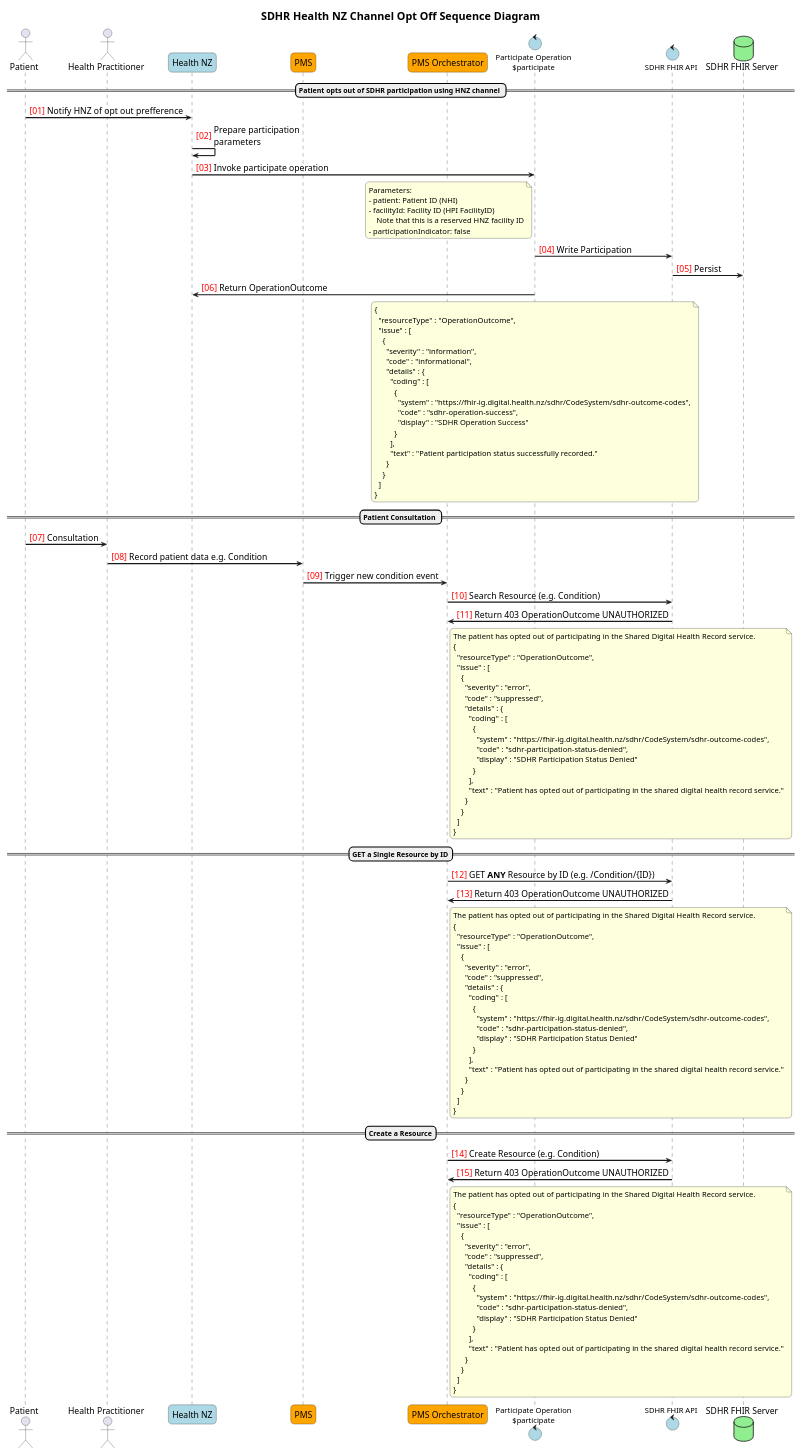
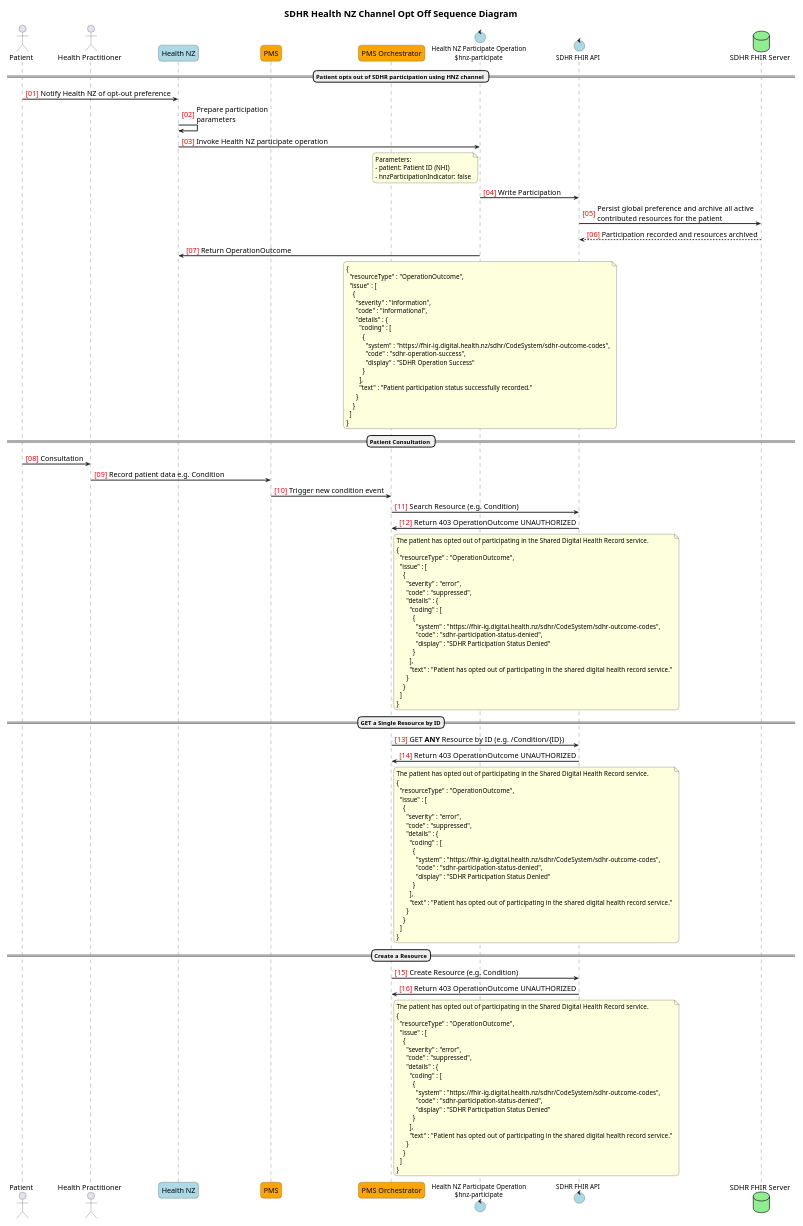
Before and after one commit to tewhatuora/fhir-sdhr: the diagram in input/images-source/participate-sequence-hnzoptoff.plantuml, drawn with PlantUML. The commit also changed 18 other files, not shown here.

Commit message:
Update opt-out archive documentation and examples

```diff
--- a/input/images-source/participate-sequence-hnzoptoff.plantuml
+++ b/input/images-source/participate-sequence-hnzoptoff.plantuml
@@ -1,158 +1,157 @@
 @startuml
 
 title SDHR Health NZ Channel Opt Off Sequence Diagram
 
 autonumber "<color:Red>[00]"
 
 skinparam ActorFontSize 16
 skinparam ArrowFontSize 12
 skinparam ArrowFontSize 16
 skinparam BoxPadding 5
 skinparam DatabaseFontSize 16
 skinparam dpi 400
 skinparam EntityFontSize 16
 skinparam MaxMessageSize 375
 skinparam NoteFontSize 14
 skinparam ParticipantFontSize 16
 skinparam ParticipantPadding 5
 skinparam responseMessageBelowArrow true
 skinparam roundcorner 15
 skinparam sequenceArrowThickness 2
 skinparam SequenceBoxFontSize 16
 skinparam sequencegroupfontsize 14
 skinparam SequenceMessageAlignment left
 skinparam sequenceStyle uml2
 skinparam TitleFontSize 20
 ' semi-transparent sequence groups!
 ' see https://sarafian.github.io/tips/2021/03/11/plantuml-tips-tricks-1.html#:~:text=responseMessageBelowArrow-,Semi,-transparent%20group%20backgrounds
 skinparam SequenceGroupBodyBackgroundColor #EEEEFF50
 
 scale max 260 width
 
 actor "Patient" as Patient
 actor "Health Practitioner" as USER
 participant "Health NZ" as HNZ #LightBlue
 participant "PMS" as APIC #Orange
 participant "PMS Orchestrator" as ORCHESTRATOR #Orange
-control "Participate Operation\n$participate" as PARTICIPATE #LightBlue
+control "Health NZ Participate Operation\n$hnz-participate" as PARTICIPATE #LightBlue
 control "SDHR FHIR API" as FHIRAPI #LightBlue
 database "SDHR FHIR Server" as SDHR #LightGreen
 
 == Patient opts out of SDHR participation using HNZ channel ==
-Patient -> HNZ : Notify HNZ of opt out prefference
+Patient -> HNZ : Notify Health NZ of opt-out preference
 HNZ -> HNZ : Prepare participation\nparameters
-HNZ -> PARTICIPATE : Invoke participate operation
+HNZ -> PARTICIPATE : Invoke Health NZ participate operation
 note left of PARTICIPATE
   Parameters:
   - patient: Patient ID (NHI)
-  - facilityId: Facility ID (HPI FacilityID)
-      Note that this is a reserved HNZ facility ID
-  - participationIndicator: false
+  - hnzParticipationIndicator: false
 end note
 PARTICIPATE -> FHIRAPI : Write Participation
-FHIRAPI -> SDHR : Persist
+FHIRAPI -> SDHR : Persist global preference and archive all active\ncontributed resources for the patient
+SDHR --> FHIRAPI : Participation recorded and resources archived
 PARTICIPATE -> HNZ : Return OperationOutcome
 note over PARTICIPATE
 {
   "resourceType" : "OperationOutcome",
   "issue" : [
     {
       "severity" : "information",
       "code" : "informational",
       "details" : {
         "coding" : [
           {
             "system" : "https://fhir-ig.digital.health.nz/sdhr/CodeSystem/sdhr-outcome-codes",
             "code" : "sdhr-operation-success",
             "display" : "SDHR Operation Success"
           }
         ],
         "text" : "Patient participation status successfully recorded."
       }
     }
   ]
 }
 end note
 
 == Patient Consultation ==
 Patient -> USER : Consultation
 USER -> APIC : Record patient data e.g. Condition
 APIC -> ORCHESTRATOR : Trigger new condition event
 ORCHESTRATOR -> FHIRAPI : Search Resource (e.g. Condition)
 FHIRAPI -> ORCHESTRATOR : Return 403 OperationOutcome UNAUTHORIZED
 note right of ORCHESTRATOR
 The patient has opted out of participating in the Shared Digital Health Record service.
 {
   "resourceType" : "OperationOutcome",
   "issue" : [
     {
       "severity" : "error",
       "code" : "suppressed",
       "details" : {
         "coding" : [
           {
             "system" : "https://fhir-ig.digital.health.nz/sdhr/CodeSystem/sdhr-outcome-codes",
             "code" : "sdhr-participation-status-denied",
             "display" : "SDHR Participation Status Denied"
           }
         ],
         "text" : "Patient has opted out of participating in the shared digital health record service."
       }
     }
   ]
 }
 end note
 
 ==GET a Single Resource by ID==
 ORCHESTRATOR -> FHIRAPI : GET **ANY** Resource by ID (e.g. /Condition/{ID})
 FHIRAPI -> ORCHESTRATOR : Return 403 OperationOutcome UNAUTHORIZED
 note right of ORCHESTRATOR
 The patient has opted out of participating in the Shared Digital Health Record service.
 {
   "resourceType" : "OperationOutcome",
   "issue" : [
     {
       "severity" : "error",
       "code" : "suppressed",
       "details" : {
         "coding" : [
           {
             "system" : "https://fhir-ig.digital.health.nz/sdhr/CodeSystem/sdhr-outcome-codes",
             "code" : "sdhr-participation-status-denied",
             "display" : "SDHR Participation Status Denied"
           }
         ],
         "text" : "Patient has opted out of participating in the shared digital health record service."
       }
     }
   ]
 }
 end note
 
 ==Create a Resource==
 ORCHESTRATOR -> FHIRAPI : Create Resource (e.g. Condition)
 FHIRAPI -> ORCHESTRATOR : Return 403 OperationOutcome UNAUTHORIZED
 note right of ORCHESTRATOR
 The patient has opted out of participating in the Shared Digital Health Record service.
 {
   "resourceType" : "OperationOutcome",
   "issue" : [
     {
       "severity" : "error",
       "code" : "suppressed",
       "details" : {
         "coding" : [
           {
             "system" : "https://fhir-ig.digital.health.nz/sdhr/CodeSystem/sdhr-outcome-codes",
             "code" : "sdhr-participation-status-denied",
             "display" : "SDHR Participation Status Denied"
           }
         ],
         "text" : "Patient has opted out of participating in the shared digital health record service."
       }
     }
   ]
 }
 end note
 
 @enduml
```
